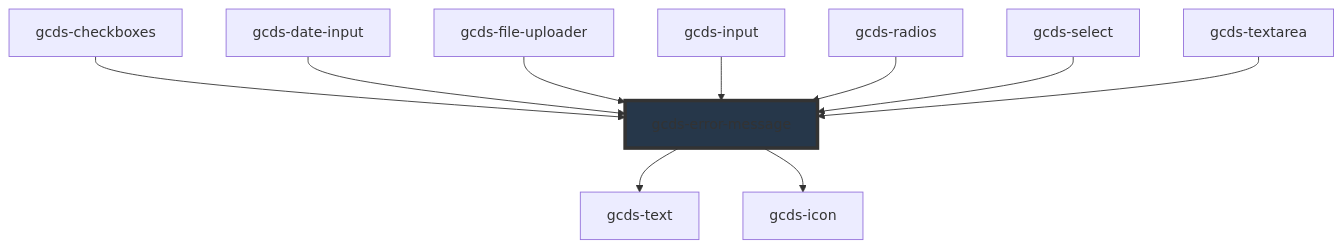
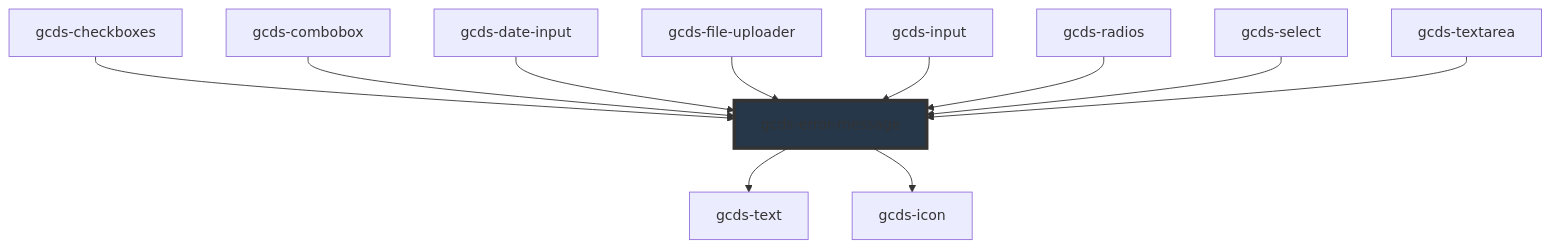
Before and after one commit to cds-snc/gcds-components: the diagram in packages/web/src/components/gcds-error-message/readme.md, drawn with Mermaid. The commit also changed other lines of this file and 25 other files, not shown here.

Commit message:
feat(gcds-combobox): add gcds-combobox component

````diff
--- a/packages/web/src/components/gcds-error-message/readme.md
+++ b/packages/web/src/components/gcds-error-message/readme.md
@@ -44,13 +45,14 @@
 ```mermaid
 graph TD;
   gcds-error-message --> gcds-text
   gcds-error-message --> gcds-icon
   gcds-checkboxes --> gcds-error-message
+  gcds-combobox --> gcds-error-message
   gcds-date-input --> gcds-error-message
   gcds-file-uploader --> gcds-error-message
   gcds-input --> gcds-error-message
   gcds-radios --> gcds-error-message
   gcds-select --> gcds-error-message
   gcds-textarea --> gcds-error-message
   style gcds-error-message fill:#26374a,stroke:#333,stroke-width:4px
 ```
````
